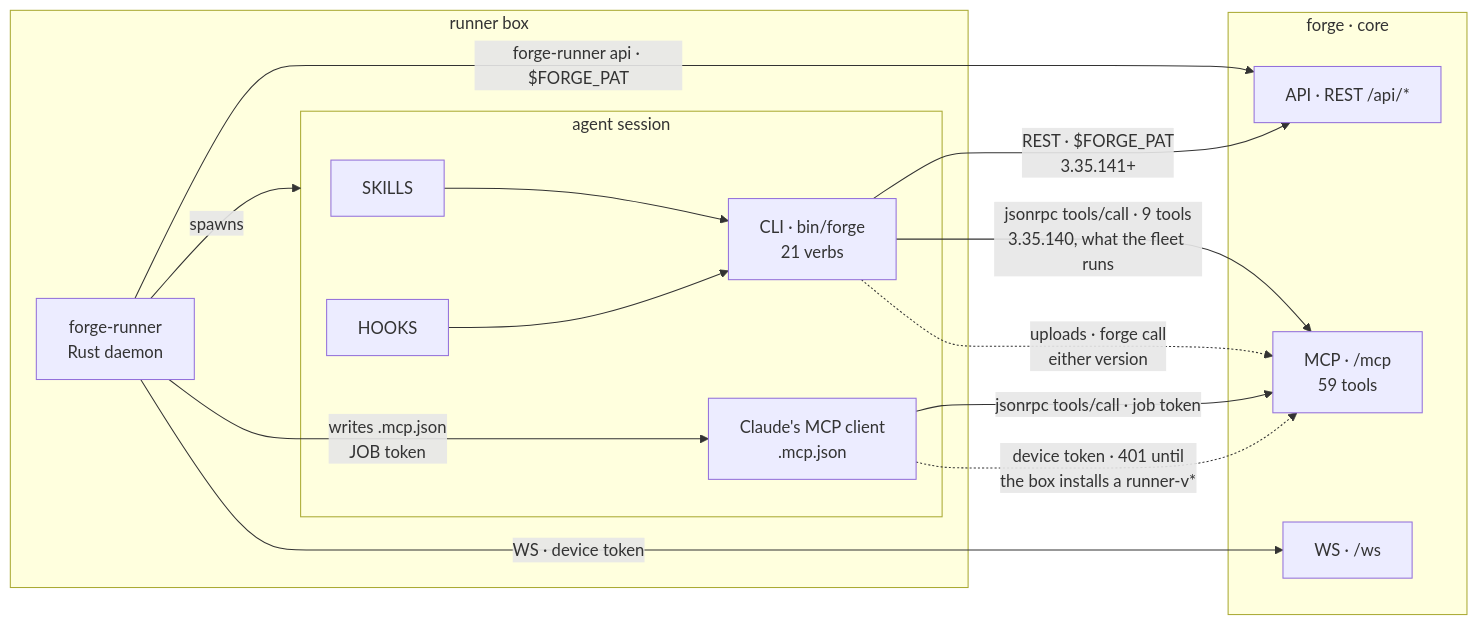
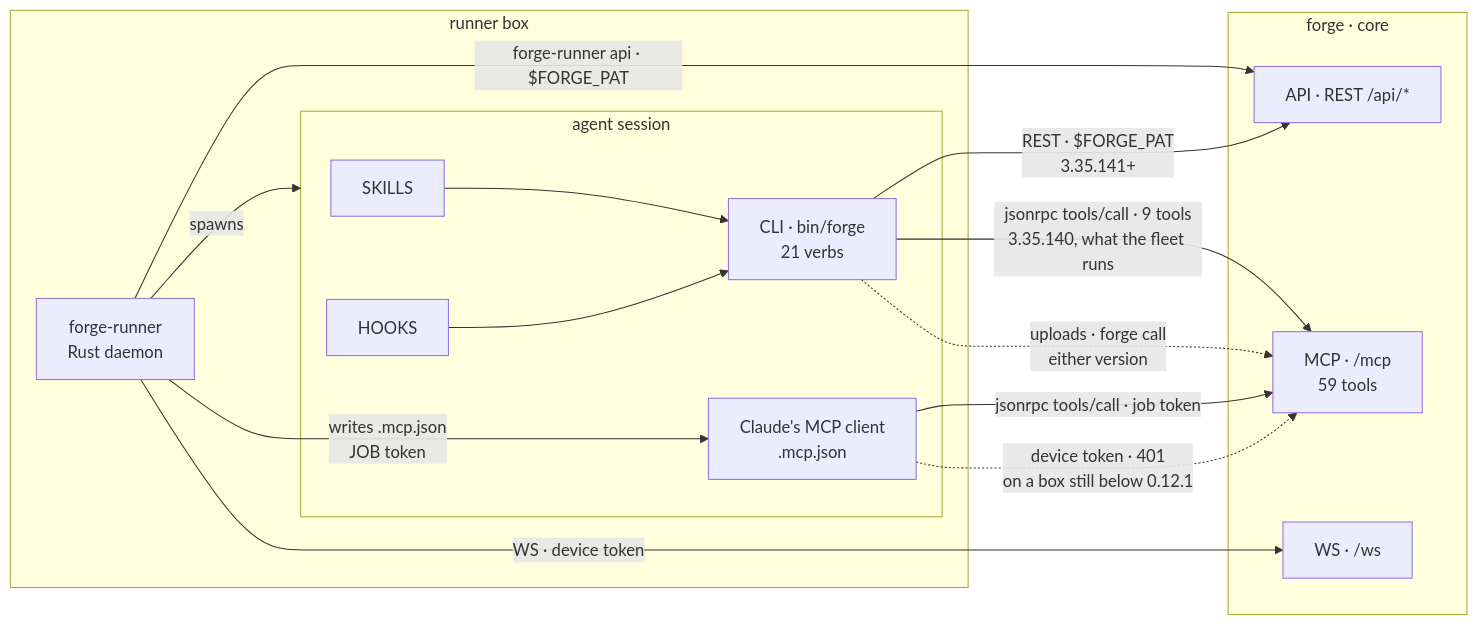
One commit to SidCorp-co/forge changed the first of 2 diagrams in docs/architecture/agent-surface.md. Above: the diagram before and after it, drawn with Mermaid. The commit also changed other lines of this file, not shown here.

First line of the commit message:
docs(agent-surface): the second clock has started, and a box credential now authenticates /mcp (ISS-931)

````diff
--- a/docs/architecture/agent-surface.md
+++ b/docs/architecture/agent-surface.md
@@ -11,27 +13,27 @@
 ```mermaid
 flowchart LR
   subgraph BOX["runner box"]
     D["forge-runner<br/>Rust daemon"]
     subgraph S["agent session"]
       SK["SKILLS"] --> CLI["CLI · bin/forge<br/>21 verbs"]
       HK["HOOKS"] --> CLI
       MC["Claude's MCP client<br/>.mcp.json"]
     end
     D -->|spawns| S
     D -->|"writes .mcp.json<br/>JOB token"| MC
   end
 
   subgraph CORE["forge · core"]
     API["API · REST /api/*"]
     MCP["MCP · /mcp<br/>59 tools"]
     WS["WS · /ws"]
   end
 
   D -->|"WS · device token"| WS
   D -->|"forge-runner api · $FORGE_PAT"| API
   CLI -->|"REST · $FORGE_PAT<br/>3.35.141+"| API
   CLI -->|"jsonrpc tools/call · 9 tools<br/>3.35.140, what the fleet runs"| MCP
   CLI -.->|"uploads · forge call<br/>either version"| MCP
   MC -->|"jsonrpc tools/call · job token"| MCP
-  MC -.->|"device token · 401 until<br/>the box installs a runner-v*"| MCP
+  MC -.->|"device token · 401<br/>on a box still below 0.12.1"| MCP
 ```
````
